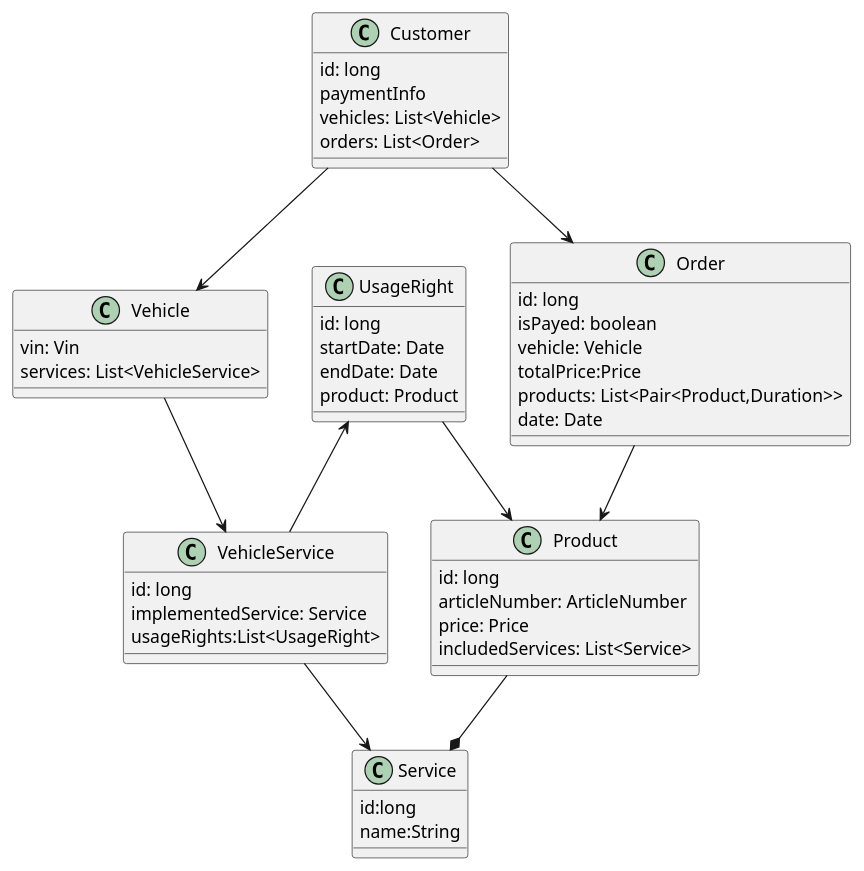
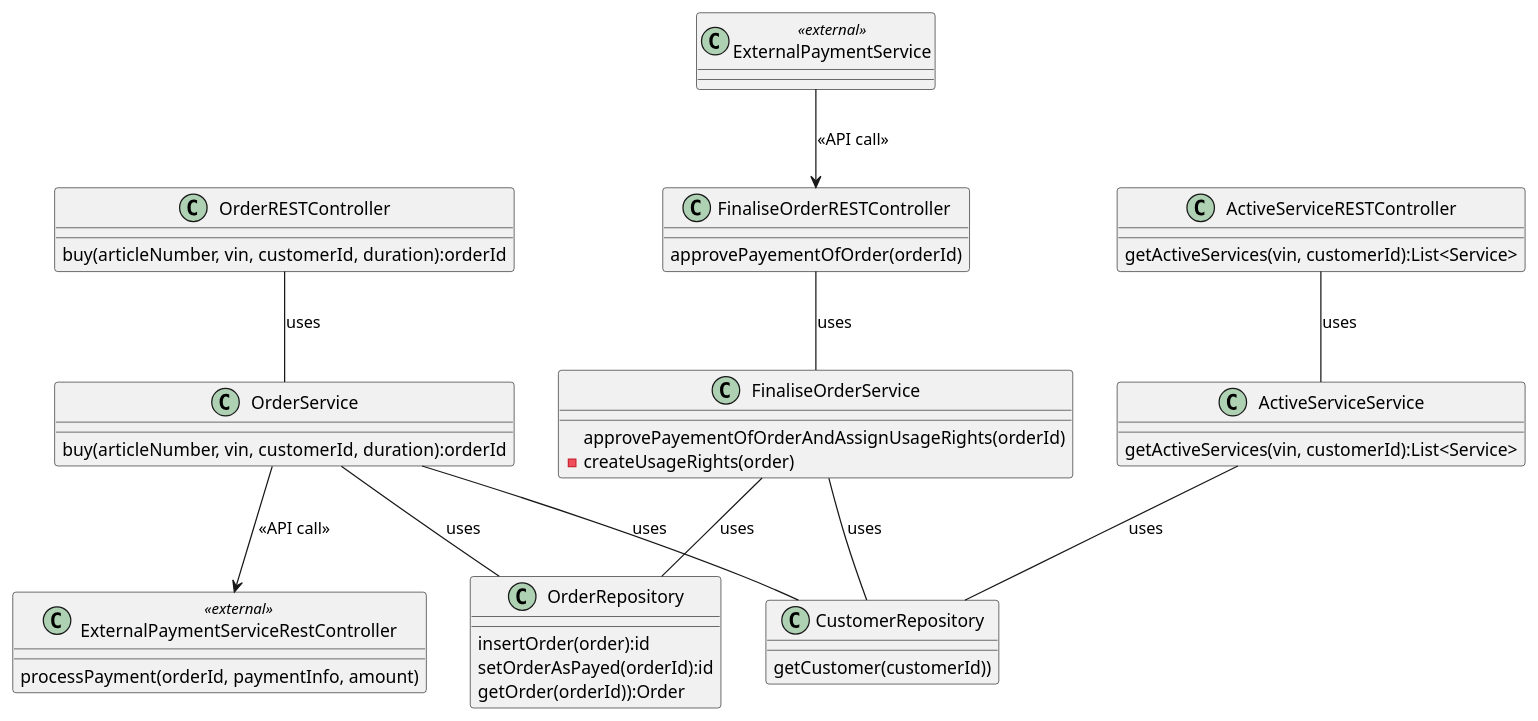
One commit to ljbg1996/car-backend changed the diagram in Phase 2/MoTraCoCa/UML/Class_ApplicationArchitecture.puml. Above: the diagram before and after it, drawn with PlantUML. The commit also changed 1 other file, not shown here.

Commit message:
Class.puml & Class_ApplicationArchitecture.puml

```diff
--- a/Phase 2/MoTraCoCa/UML/Class_ApplicationArchitecture.puml
+++ b/Phase 2/MoTraCoCa/UML/Class_ApplicationArchitecture.puml
@@ -1,59 +1,52 @@
 @startuml
-'test
-class Customer {
-id: long
-paymentInfo
-vehicles: List<Vehicle>
-orders: List<Order>
+
+'''''' Order
+class OrderRESTController{
+    buy(articleNumber, vin, customerId, duration):orderId
+}
+class OrderService {
+    buy(articleNumber, vin, customerId, duration):orderId
+}
+class CustomerRepository {
+    getCustomer(customerId))
 }
 
-class Vehicle {
-  vin: Vin
-  services: List<VehicleService>
+class OrderRepository{
+    insertOrder(order):id
+    setOrderAsPayed(orderId):id
+    getOrder(orderId)):Order
+}
+class ExternalPaymentServiceRestController <<external>> {
+    processPayment(orderId, paymentInfo, amount)
 }
 
-class Product {
-  id: long
-  articleNumber: ArticleNumber
-  price: Price
-  includedServices: List<Service>
+OrderService --> ExternalPaymentServiceRestController : <<API call>>
+OrderService -- CustomerRepository : uses
+OrderRESTController -- OrderService : uses
+OrderService -- OrderRepository: uses
+
+'''''' FinaliseOrder
+class ExternalPaymentService <<external>>
+class FinaliseOrderRESTController{
+    approvePayementOfOrder(orderId)
 }
+class FinaliseOrderService {
+    approvePayementOfOrderAndAssignUsageRights(orderId)
+    -createUsageRights(order)
+}
+ExternalPaymentService--> FinaliseOrderRESTController: <<API call>>
+FinaliseOrderRESTController -- FinaliseOrderService : uses
+FinaliseOrderService -- OrderRepository: uses
+FinaliseOrderService -- CustomerRepository: uses
 
-class Order{
-id: long
-isPayed: boolean
-vehicle: Vehicle
-totalPrice:Price
-products: List<Pair<Product,Duration>>
-date: Date
+'''''' ActiveServices
+class ActiveServiceRESTController{
+    getActiveServices(vin, customerId):List<Service>
 }
-
-class VehicleService {
-id: long
-implementedService: Service
-usageRights:List<UsageRight>
+class ActiveServiceService{
+    getActiveServices(vin, customerId):List<Service>
 }
-
-class Service{
-id:long
-name:String
-}
-
-
-class UsageRight {
-  id: long
-  startDate: Date
-  endDate: Date
-  product: Product
-}
-
-Customer --> Vehicle
-Customer --> Order
-Vehicle --> VehicleService
-VehicleService --> Service
-Order --> Product
-UsageRight <-- VehicleService
-UsageRight --> Product
-Product --* Service
+ActiveServiceService -- CustomerRepository: uses
+ActiveServiceRESTController -- ActiveServiceService : uses
 
 @enduml
```
